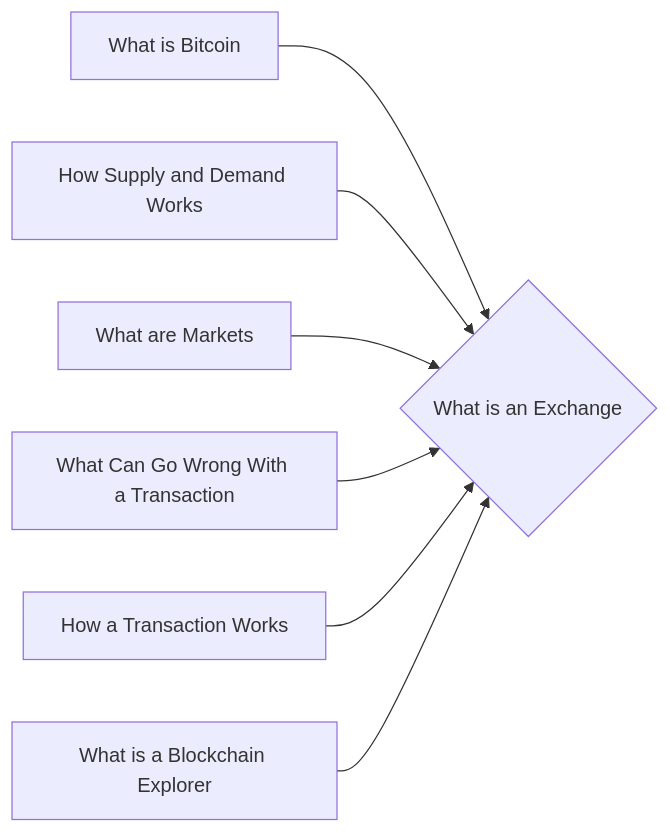
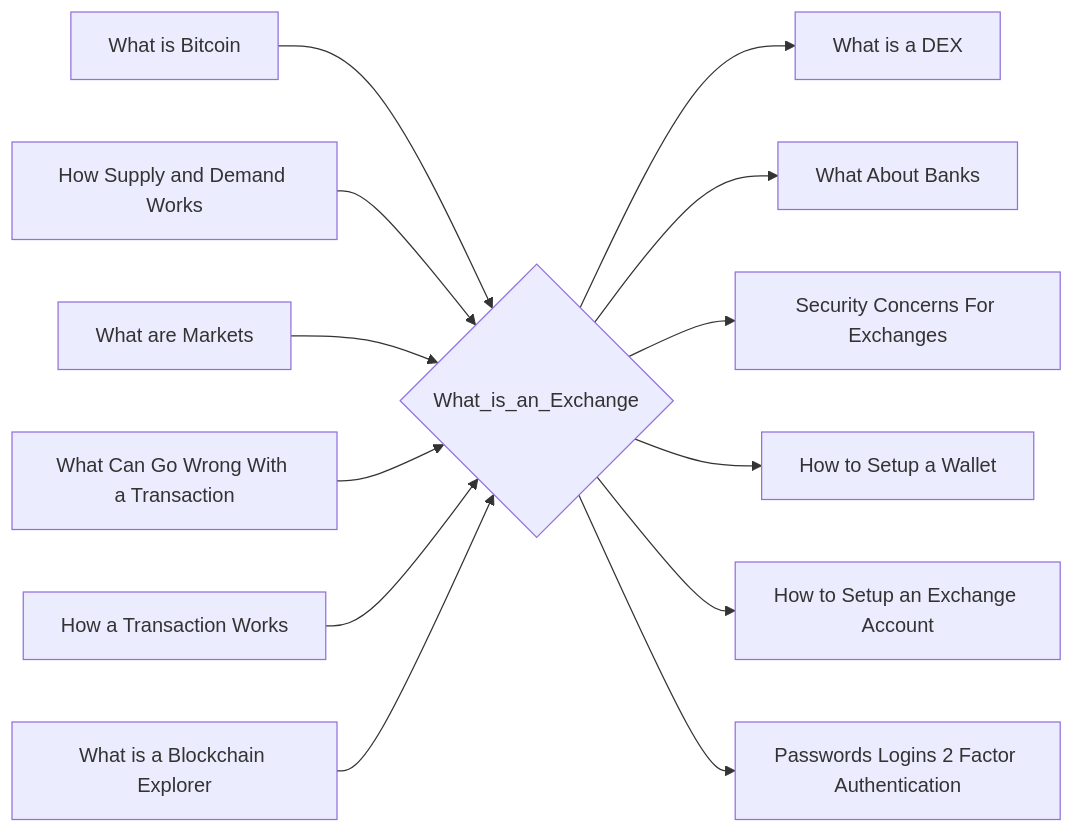
One commit to lpurdy01/crypto-knowledge-map changed the diagram in notes/What_is_an_Exchange.md. Above: the diagram before and after it, drawn with Mermaid. The commit also changed 161 other files, not shown here.

````diff
--- a/notes/What_is_an_Exchange.md
+++ b/notes/What_is_an_Exchange.md
@@ -21,9 +21,15 @@
 ```mermaid
 graph LR
-1["What is Bitcoin"]-->0{"What is an Exchange"}
-2["How Supply and Demand Works"]-->0{"What is an Exchange"}
-3["What are Markets"]-->0{"What is an Exchange"}
-4["What Can Go Wrong With a Transaction"]-->0{"What is an Exchange"}
-5["How a Transaction Works"]-->0{"What is an Exchange"}
-6["What is a Blockchain Explorer"]-->0{"What is an Exchange"}
+1["What is Bitcoin"]-->0{"What_is_an_Exchange"}
+2["How Supply and Demand Works"]-->0{"What_is_an_Exchange"}
+3["What are Markets"]-->0{"What_is_an_Exchange"}
+4["What Can Go Wrong With a Transaction"]-->0{"What_is_an_Exchange"}
+5["How a Transaction Works"]-->0{"What_is_an_Exchange"}
+6["What is a Blockchain Explorer"]-->0{"What_is_an_Exchange"}
+0{"What_is_an_Exchange"}-->7["What is a DEX"]
+0{"What_is_an_Exchange"}-->8["What About Banks"]
+0{"What_is_an_Exchange"}-->9["Security Concerns For Exchanges"]
+0{"What_is_an_Exchange"}-->10["How to Setup a Wallet"]
+0{"What_is_an_Exchange"}-->11["How to Setup an Exchange Account"]
+0{"What_is_an_Exchange"}-->12["Passwords Logins 2 Factor Authentication"]
 ```
````
